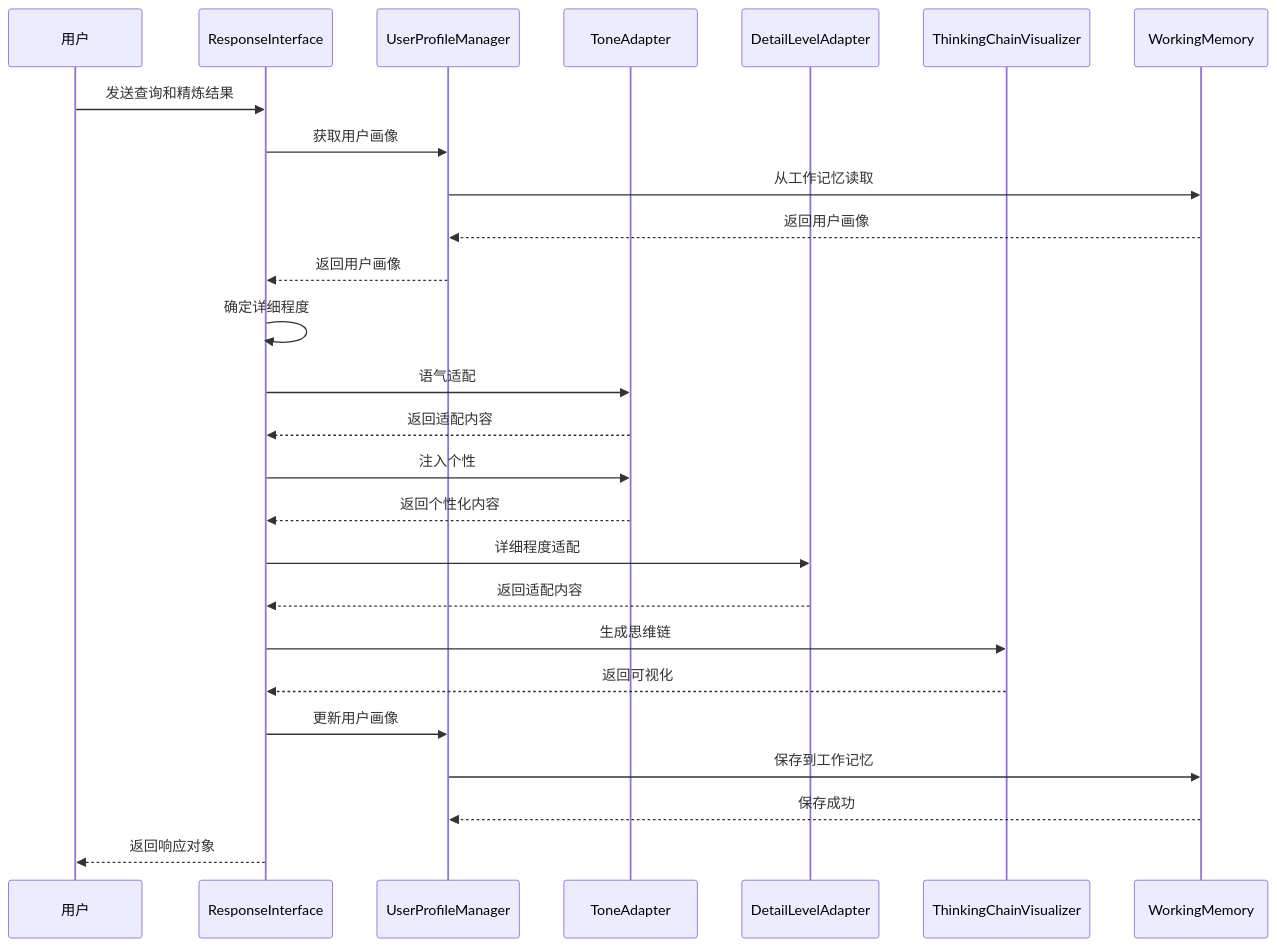
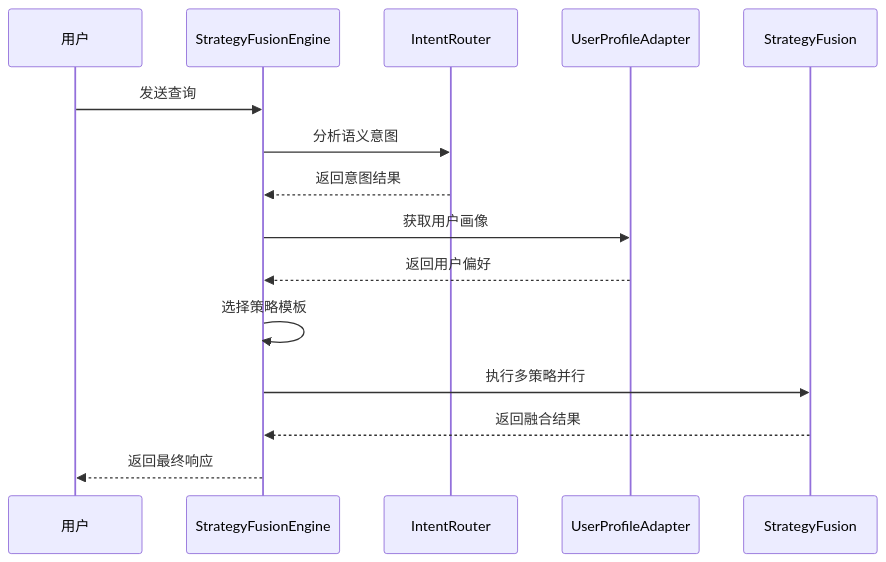
Before and after one commit to JieGaoPrinceton/NecoRAG: the third of 11 diagrams in .qoder/repowiki/zh/content/交互层模块/交互层模块.md, drawn with Mermaid. The commit also changed other lines of this file and 82 other files, not shown here.

````diff
--- a/.qoder/repowiki/zh/content/交互层模块/交互层模块.md
+++ b/.qoder/repowiki/zh/content/交互层模块/交互层模块.md
@@ -163,28 +213,17 @@
 ```mermaid
 sequenceDiagram
 participant User as 用户
-participant RI as ResponseInterface
-participant PM as UserProfileManager
-participant TA as ToneAdapter
-participant DA as DetailLevelAdapter
-participant TV as ThinkingChainVisualizer
-participant WM as WorkingMemory
-User->>RI : 发送查询和精炼结果
-RI->>PM : 获取用户画像
-PM->>WM : 从工作记忆读取
-WM-->>PM : 返回用户画像
-PM-->>RI : 返回用户画像
-RI->>RI : 确定详细程度
-RI->>TA : 语气适配
-TA-->>RI : 返回适配内容
-RI->>TA : 注入个性
-TA-->>RI : 返回个性化内容
-RI->>DA : 详细程度适配
-DA-->>RI : 返回适配内容
-RI->>TV : 生成思维链
-TV-->>RI : 返回可视化
-RI->>PM : 更新用户画像
-PM->>WM : 保存到工作记忆
-WM-->>PM : 保存成功
-RI-->>User : 返回响应对象
+participant Engine as StrategyFusionEngine
+participant IR as IntentRouter
+participant UA as UserProfileAdapter
+participant SF as StrategyFusion
+User->>Engine : 发送查询
+Engine->>IR : 分析语义意图
+IR-->>Engine : 返回意图结果
+Engine->>UA : 获取用户画像
+UA-->>Engine : 返回用户偏好
+Engine->>Engine : 选择策略模板
+Engine->>SF : 执行多策略并行
+SF-->>Engine : 返回融合结果
+Engine-->>User : 返回最终响应
 ```
````
